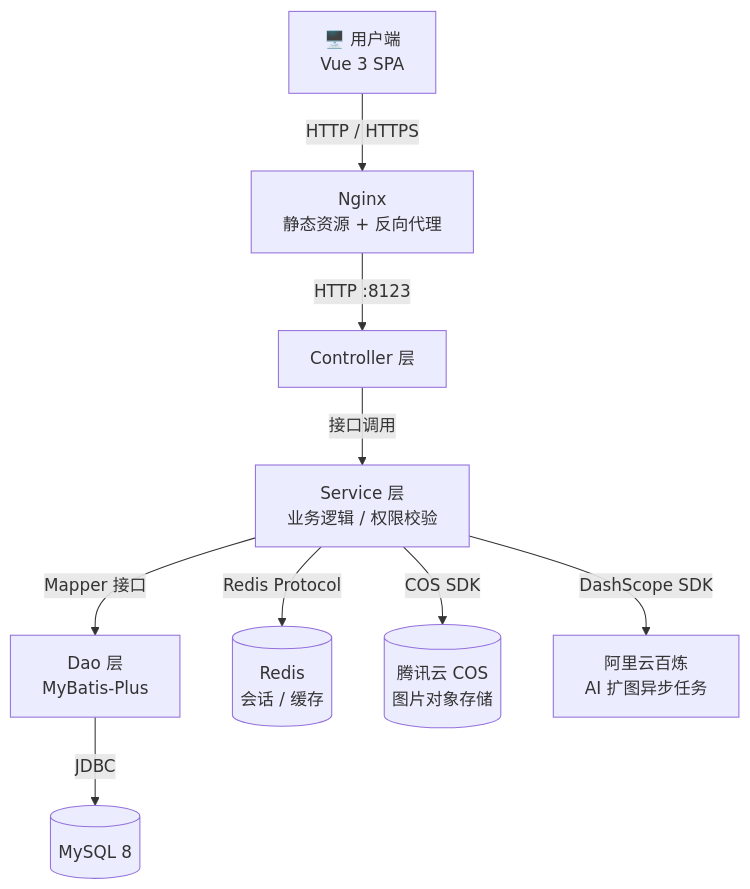
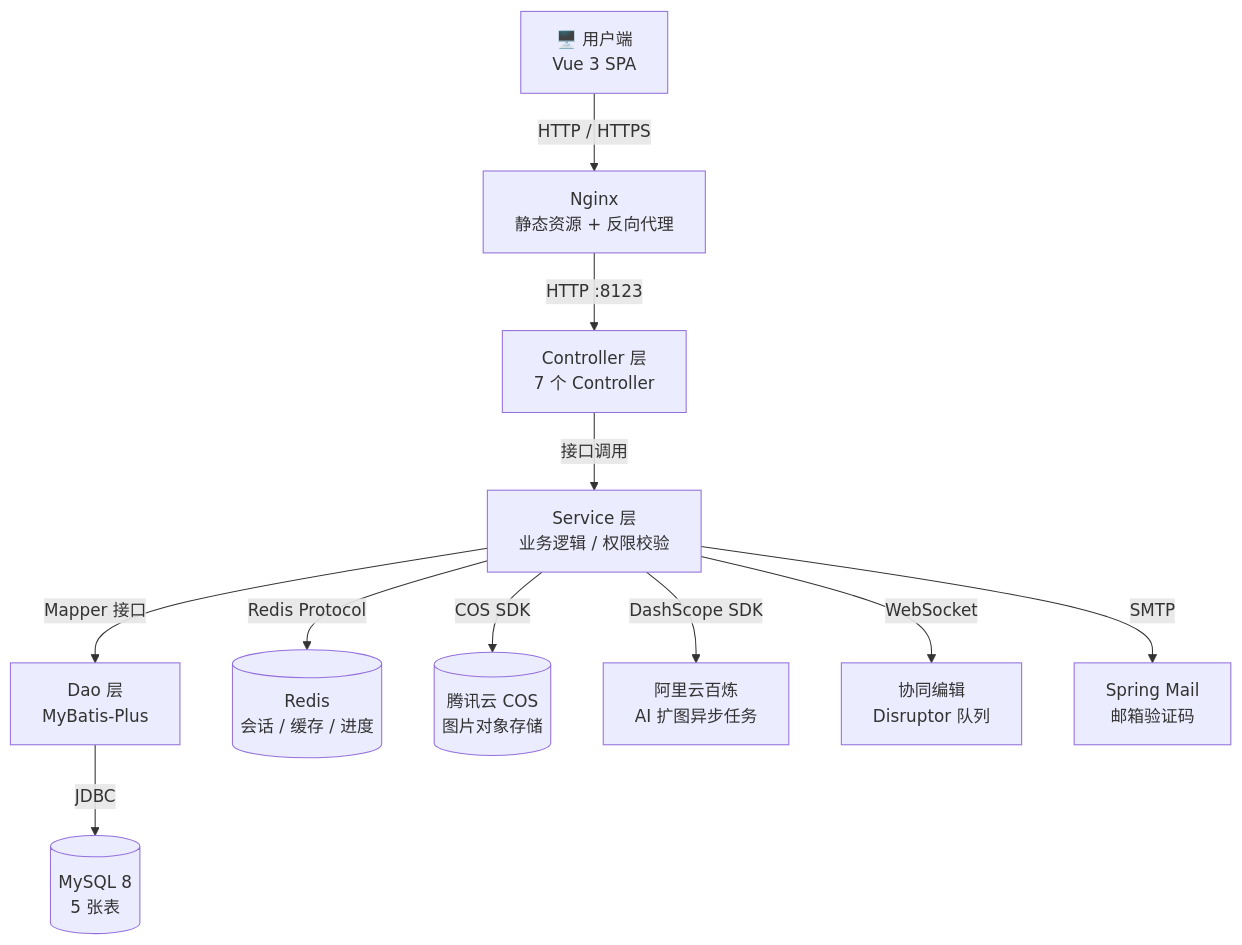
The first of 2 diagrams in README.md (HeJiaxin-bot/visu-picture), drawn with Mermaid before and after one commit. The commit also changed other lines of this file and 1 other file, not shown here.

````diff
--- a/README.md
+++ b/README.md
@@ -54,11 +89,13 @@
 ```mermaid
 graph TD
     U[🖥️ 用户端<br/>Vue 3 SPA] -->|HTTP / HTTPS| N[Nginx<br/>静态资源 + 反向代理]
-    N -->|HTTP :8123| C[Controller 层]
+    N -->|HTTP :8123| C[Controller 层<br/>7 个 Controller]
     C -->|接口调用| S[Service 层<br/>业务逻辑 / 权限校验]
     S -->|Mapper 接口| D[Dao 层<br/>MyBatis-Plus]
-    D -->|JDBC| DB[(MySQL 8)]
-    S -->|Redis Protocol| R[(Redis<br/>会话 / 缓存)]
+    D -->|JDBC| DB[(MySQL 8<br/>5 张表)]
+    S -->|Redis Protocol| R[(Redis<br/>会话 / 缓存 / 进度)]
     S -->|COS SDK| O[(腾讯云 COS<br/>图片对象存储)]
     S -->|DashScope SDK| A[阿里云百炼<br/>AI 扩图异步任务]
+    S -->|WebSocket| W[协同编辑<br/>Disruptor 队列]
+    S -->|SMTP| M[Spring Mail<br/>邮箱验证码]
 ```
````
